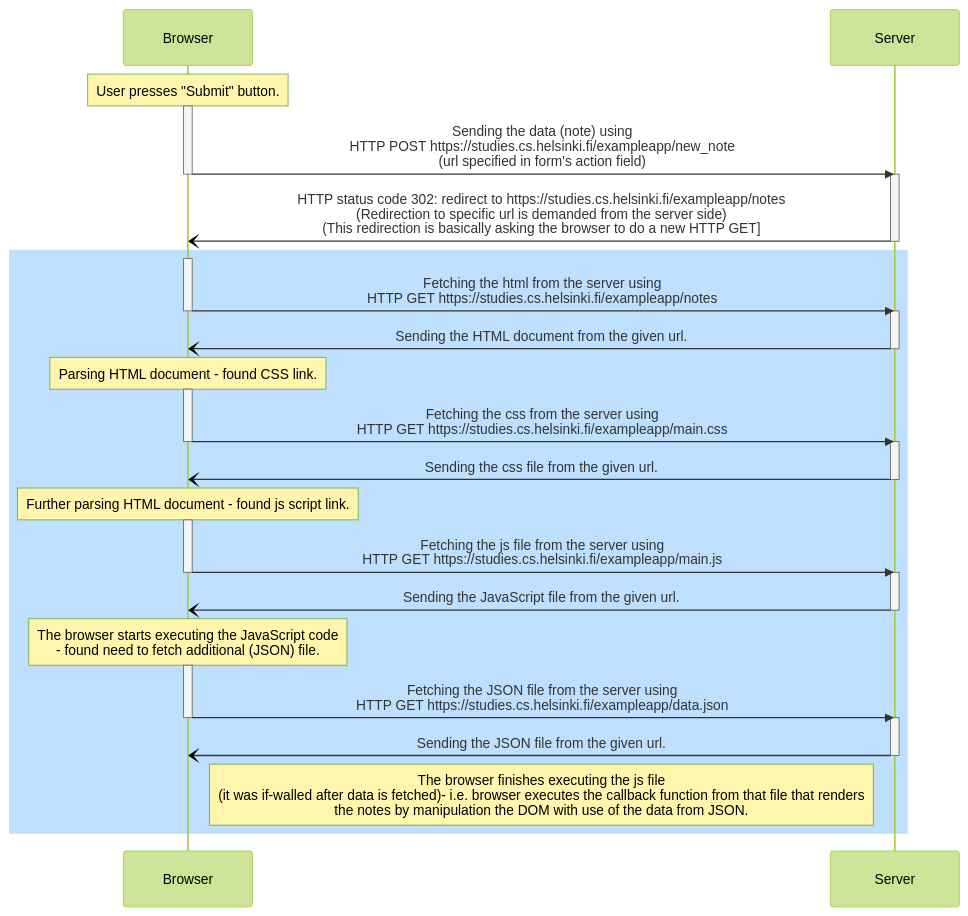
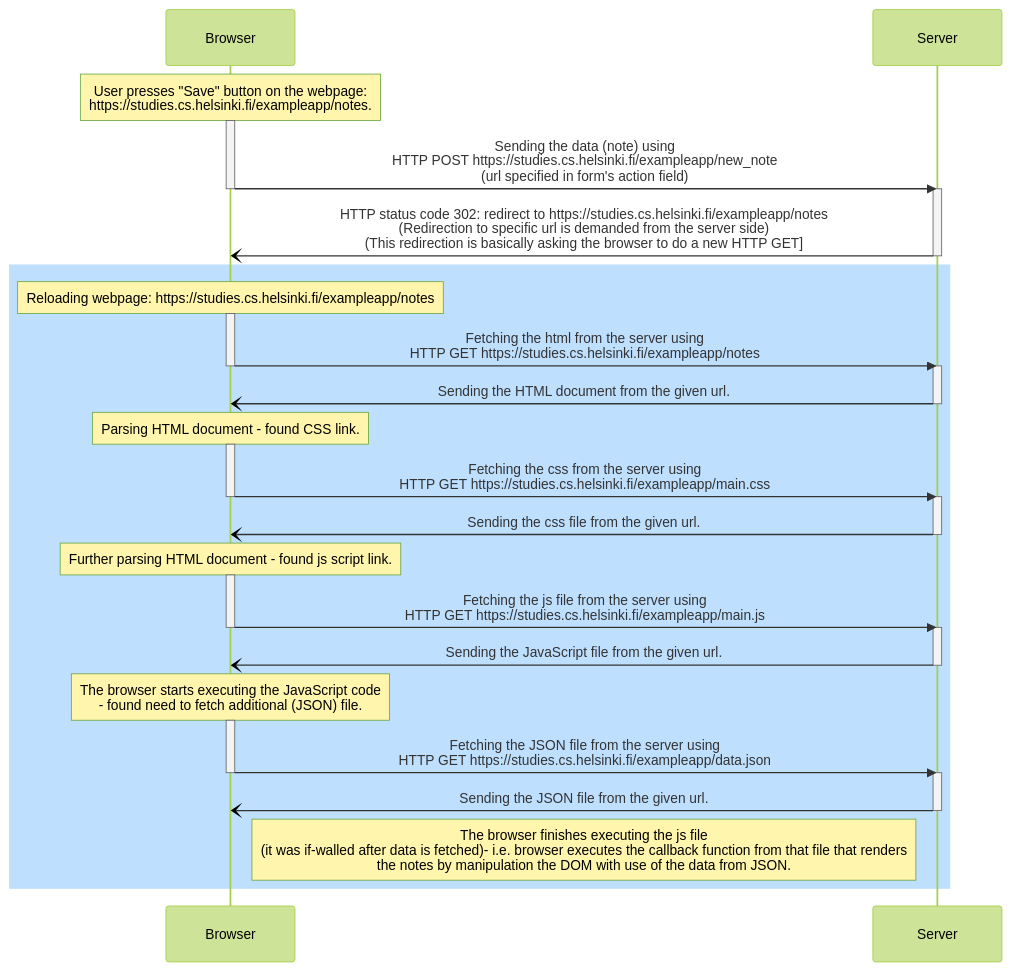
Before and after one commit to szmaragdynia/FullstackLearning: the diagram in part0/excercise0-4.md, drawn with Mermaid (forest theme).

Commit message:
testing background

````diff
--- a/part0/excercise0-4.md
+++ b/part0/excercise0-4.md
@@ -1,58 +1,60 @@
 ```mermaid
 
 
 
 sequenceDiagram
     participant b as Browser
     participant s as Server
     
-        Note over b: User presses "Submit" button.
+        Note over b: User presses "Save" button on the webpage:<br/>https://studies.cs.helsinki.fi/exampleapp/notes.
     
 
     activate b
         b->>s: Sending the data (note) using <br/> HTTP POST https://studies.cs.helsinki.fi/exampleapp/new_note <br/> (url specified in form's action field) 
     deactivate b
     activate s
         s-)b: HTTP status code 302: redirect to https://studies.cs.helsinki.fi/exampleapp/notes <br/> (Redirection to specific url is demanded from the server side) <br/> (This redirection is basically asking the browser to do a new HTTP GET]
     deactivate s
 
     rect rgb(191, 223, 255)
+    
+        Note over b: Reloading webpage: https://studies.cs.helsinki.fi/exampleapp/notes
 
-    activate b
-        b->>s: Fetching the html from the server using <br/> HTTP GET https://studies.cs.helsinki.fi/exampleapp/notes
-    deactivate b
-    activate s
-        s-)b: Sending the HTML document from the given url.
-    deactivate s
+        activate b
+            b->>s: Fetching the html from the server using <br/> HTTP GET https://studies.cs.helsinki.fi/exampleapp/notes
+        deactivate b
+        activate s
+            s-)b: Sending the HTML document from the given url.
+        deactivate s
 
-        Note over b: Parsing HTML document - found CSS link.
+            Note over b: Parsing HTML document - found CSS link.
 
-    activate b
-        b->>s: Fetching the css from the server using <br/> HTTP GET https://studies.cs.helsinki.fi/exampleapp/main.css
-    deactivate b
-    activate s
-        s-)b: Sending the css file from the given url.
-    deactivate s
+        activate b
+            b->>s: Fetching the css from the server using <br/> HTTP GET https://studies.cs.helsinki.fi/exampleapp/main.css
+        deactivate b
+        activate s
+            s-)b: Sending the css file from the given url.
+        deactivate s
 
-        Note over b: Further parsing HTML document - found js script link.
-    
-    activate b
-        b->>s: Fetching the js file from the server using <br/> HTTP GET https://studies.cs.helsinki.fi/exampleapp/main.js
-    deactivate b
-    activate s
-        s-)b: Sending the JavaScript file from the given url.
-    deactivate s
+            Note over b: Further parsing HTML document - found js script link.
+        
+        activate b
+            b->>s: Fetching the js file from the server using <br/> HTTP GET https://studies.cs.helsinki.fi/exampleapp/main.js
+        deactivate b
+        activate s
+            s-)b: Sending the JavaScript file from the given url.
+        deactivate s
 
-        Note over b: The browser starts executing the JavaScript code <br/>- found need to fetch additional (JSON) file.
-    
-    activate b
-        b->>s:Fetching the JSON file from the server using <br/> HTTP GET https://studies.cs.helsinki.fi/exampleapp/data.json
-    deactivate b
-    activate s
-        s-)b: Sending the JSON file from the given url.
-    deactivate s
+            Note over b: The browser starts executing the JavaScript code <br/>- found need to fetch additional (JSON) file.
+        
+        activate b
+            b->>s:Fetching the JSON file from the server using <br/> HTTP GET https://studies.cs.helsinki.fi/exampleapp/data.json
+        deactivate b
+        activate s
+            s-)b: Sending the JSON file from the given url.
+        deactivate s
 
-        Note right of b: The browser finishes executing the js file <br/> (it was if-walled after data is fetched)- i.e. browser executes the callback function from that file that renders <br/> the notes by manipulation the DOM with use of the data from JSON.
+            Note right of b: The browser finishes executing the js file <br/> (it was if-walled after data is fetched)- i.e. browser executes the callback function from that file that renders <br/> the notes by manipulation the DOM with use of the data from JSON.
     end
     
 ```
````
